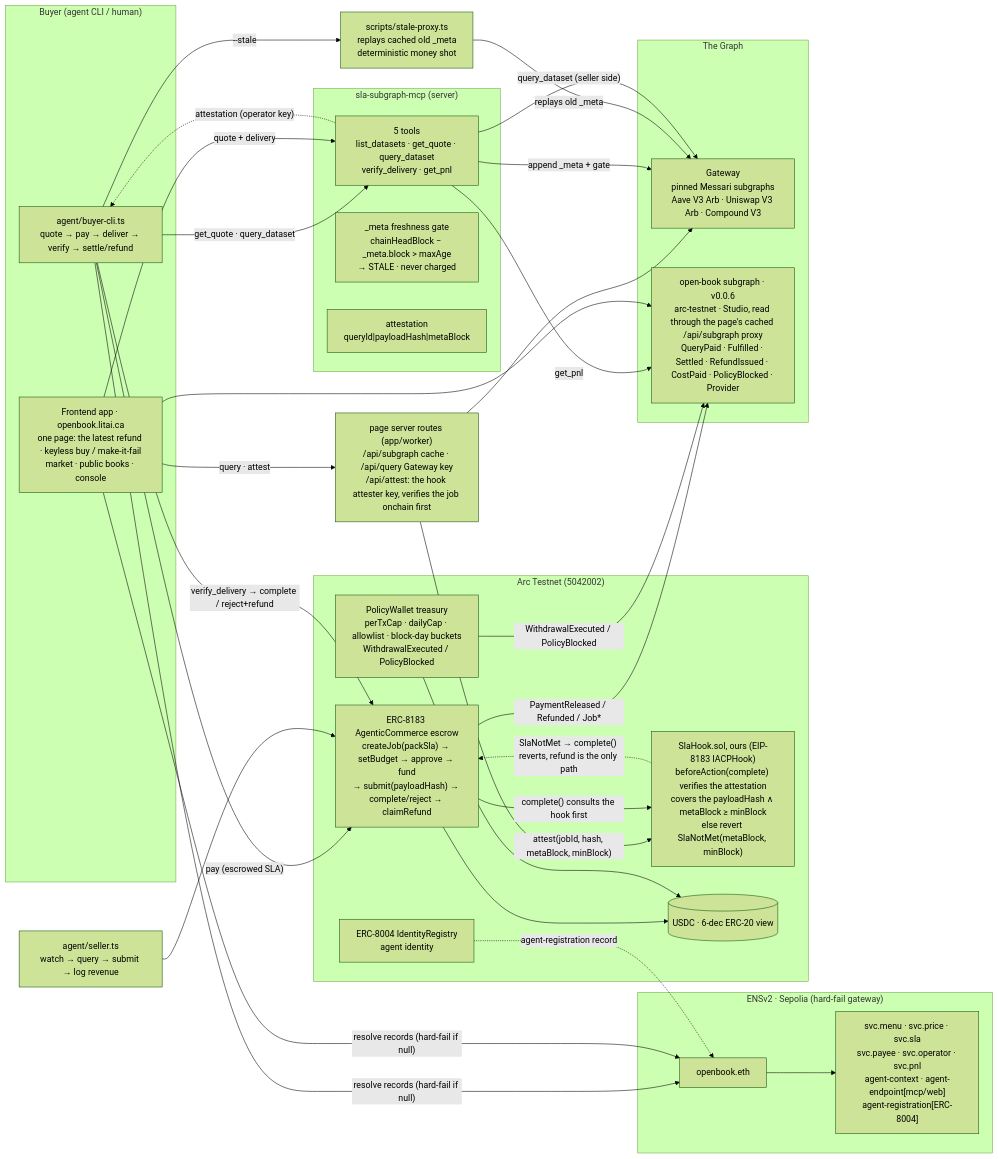
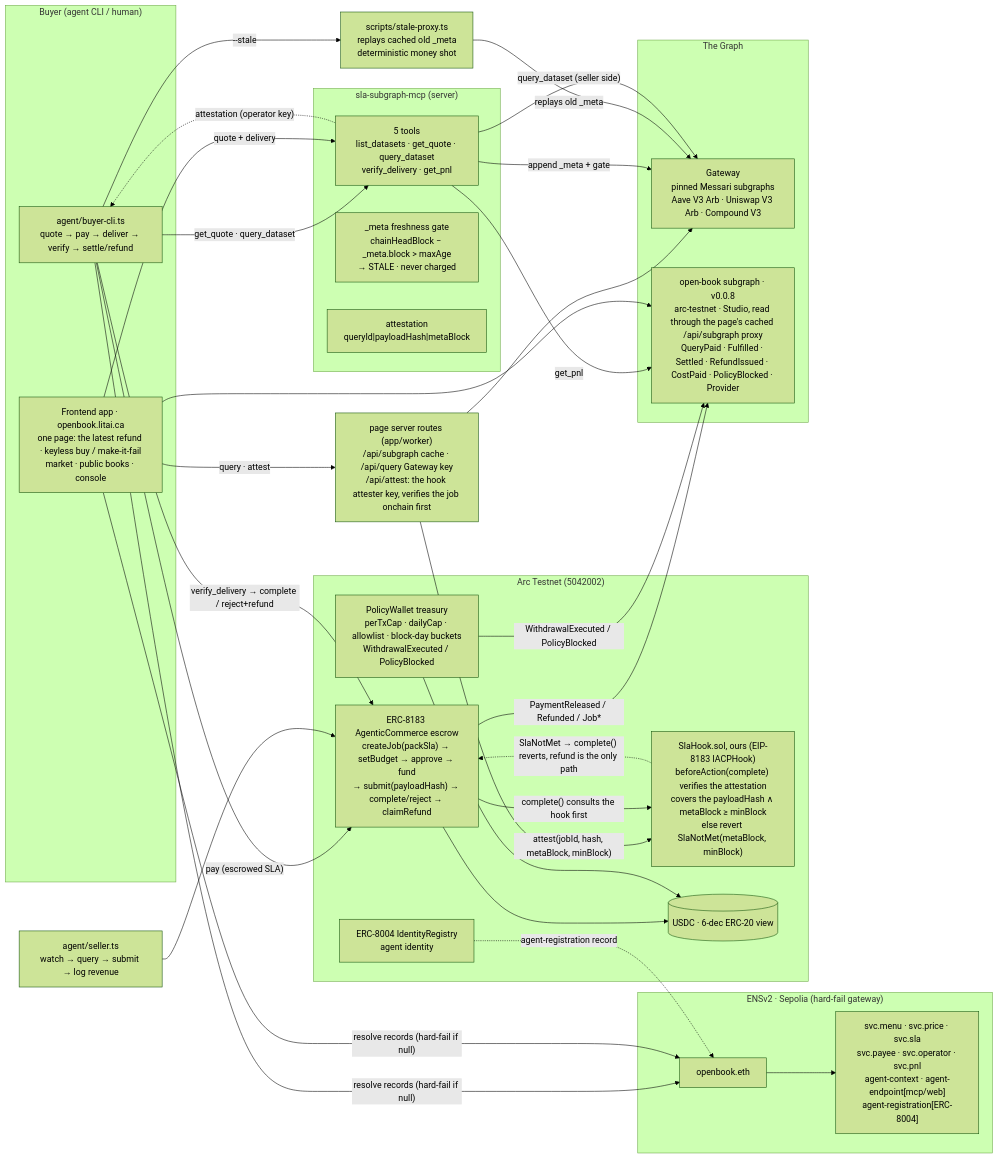
The diagram in docs/architecture.md (Aliserag/ethonline2026-openbook), drawn with Mermaid (forest theme) before and after one commit. The commit also changed 10 other files, not shown here.

Commit message:
chore(subgraph): move every reader to open-book v0.0.8 (deliveredBlock from the SlaHook Attested event); svc.pnl record updated onchain

````diff
--- a/docs/architecture.md
+++ b/docs/architecture.md
@@ -12,60 +12,60 @@
 ```mermaid
 flowchart LR
     subgraph BuyerSide["Buyer (agent CLI / human)"]
         BC[agent/buyer-cli.ts<br/>quote → pay → deliver → verify → settle/refund]
         FE[Frontend app · openbook.litai.ca<br/>one page: the latest refund · keyless buy / make-it-fail<br/>market · public books · console]
     end
 
     subgraph ENSv2["ENSv2 · Sepolia (hard-fail gateway)"]
         NAME[openbook.eth]
         RECS["svc.menu · svc.price · svc.sla<br/>svc.payee · svc.operator · svc.pnl<br/>agent-context · agent-endpoint[mcp/web]<br/>agent-registration[ERC-8004]"]
         NAME --> RECS
     end
 
     subgraph Arc["Arc Testnet (5042002)"]
         J["ERC-8183 AgenticCommerce escrow<br/>createJob(packSla) → setBudget → approve → fund<br/>→ submit(payloadHash) → complete/reject → claimRefund"]
         HOOK["SlaHook.sol, ours (EIP-8183 IACPHook)<br/>beforeAction(complete) verifies the attestation<br/>covers the payloadHash ∧ metaBlock ≥ minBlock<br/>else revert SlaNotMet(metaBlock, minBlock)"]
         W["PolicyWallet treasury<br/>perTxCap · dailyCap · allowlist · block-day buckets<br/>WithdrawalExecuted / PolicyBlocked"]
         ID["ERC-8004 IdentityRegistry<br/>agent identity"]
         USDC[(USDC · 6-dec ERC-20 view)]
     end
 
     subgraph MCP["sla-subgraph-mcp (server)"]
         S["5 tools<br/>list_datasets · get_quote · query_dataset<br/>verify_delivery · get_pnl"]
         GATE["_meta freshness gate<br/>chainHeadBlock − _meta.block > maxAge<br/>→ STALE · never charged"]
         SIGN["attestation<br/>queryId|payloadHash|metaBlock"]
     end
 
     subgraph Graph["The Graph"]
         GW[Gateway<br/>pinned Messari subgraphs<br/>Aave V3 Arb · Uniswap V3 Arb · Compound V3]
-        PNL[open-book subgraph · v0.0.6<br/>arc-testnet · Studio, read through the page's cached /api/subgraph proxy<br/>QueryPaid · Fulfilled · Settled · RefundIssued · CostPaid · PolicyBlocked · Provider]
+        PNL[open-book subgraph · v0.0.8<br/>arc-testnet · Studio, read through the page's cached /api/subgraph proxy<br/>QueryPaid · Fulfilled · Settled · RefundIssued · CostPaid · PolicyBlocked · Provider]
     end
 
     SP[scripts/stale-proxy.ts<br/>replays cached old _meta<br/>deterministic money shot]
     API["page server routes (app/worker)<br/>/api/subgraph cache · /api/query Gateway key<br/>/api/attest: the hook attester key, verifies the job onchain first"]
     FE -->|"query · attest"| API
     API --> GW
     API -->|"attest(jobId, hash, metaBlock, minBlock)"| HOOK
 
     BC -->|"resolve records (hard-fail if null)"| NAME
     FE -->|"resolve records (hard-fail if null)"| NAME
     BC -->|"get_quote · query_dataset"| S
     FE -->|"quote + delivery"| S
     S -->|"append _meta + gate"| GW
     BC -->|"--stale"| SP
     SP -->|"replays old _meta"| GW
     BC -->|"pay (escrowed SLA)"| J
     S -->|"query_dataset (seller side)"| GW
     SEL[agent/seller.ts<br/>watch → query → submit → log revenue] --> J
     BC -->|"verify_delivery → complete / reject+refund"| J
     J -->|"complete() consults the hook first"| HOOK
     HOOK -.->|"SlaNotMet → complete() reverts, refund is the only path"| J
     J --> USDC
     J -->|"PaymentReleased / Refunded / Job*"| PNL
     W --> USDC
     W -->|"WithdrawalExecuted / PolicyBlocked"| PNL
     S -->|"get_pnl"| PNL
     FE --> PNL
     ID -.->|"agent-registration record"| NAME
     S -.->|"attestation (operator key)"| BC
 ```
````
